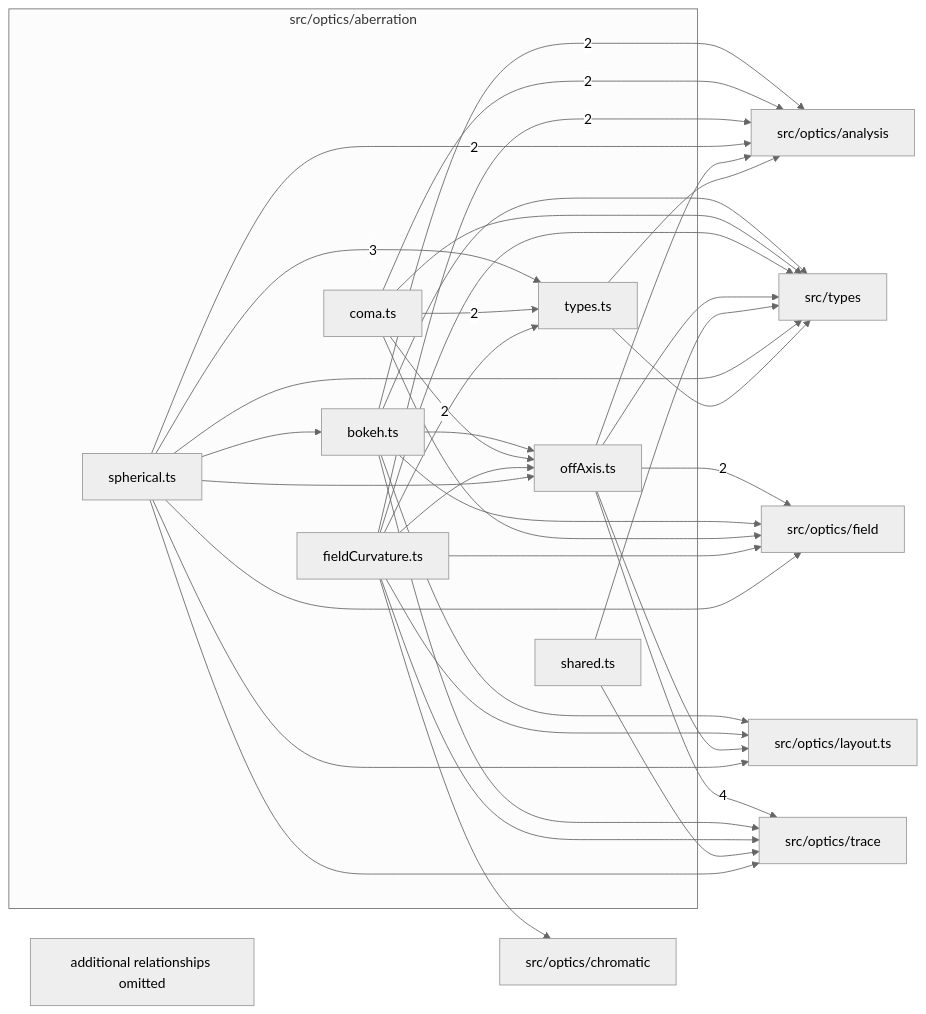
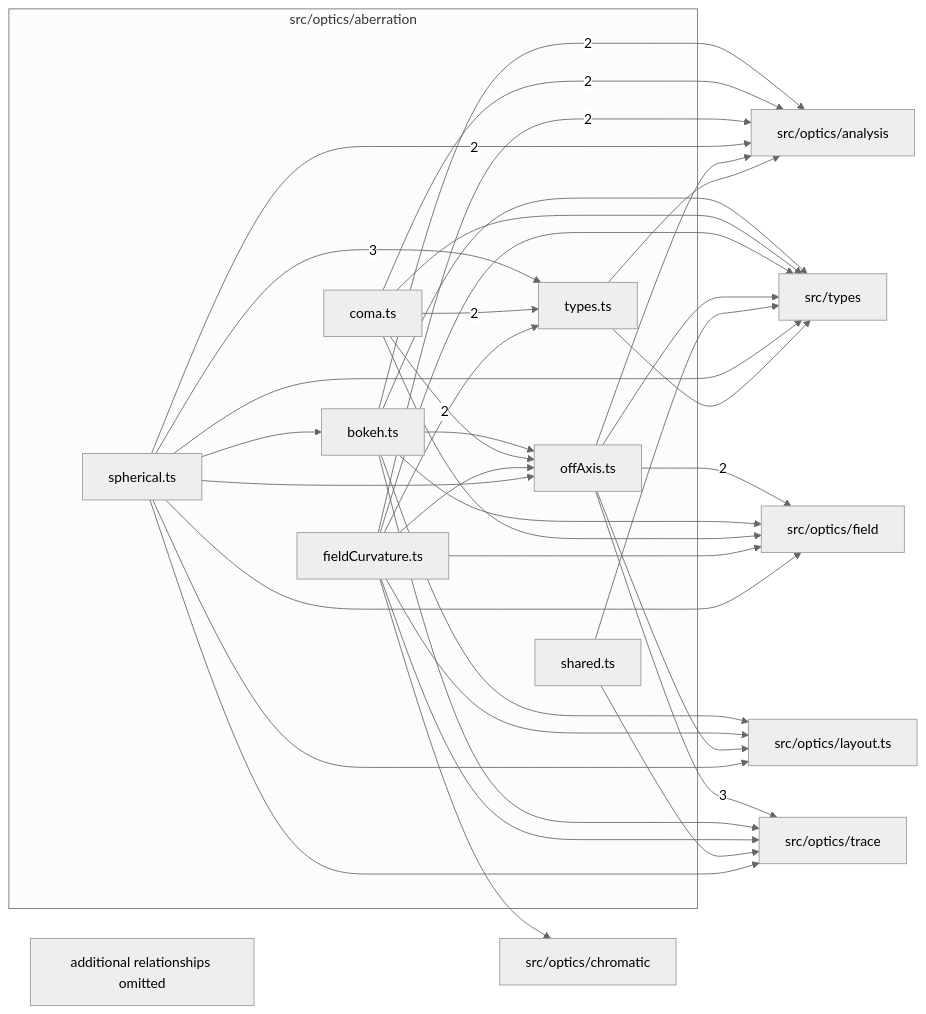
Before and after one commit to BeamFour/LensVisualizer: the diagram in src/optics/aberration/readme.md, drawn with Mermaid (neutral theme). The commit also changed other lines of this file and 36 other files, not shown here.

````diff
--- a/src/optics/aberration/readme.md
+++ b/src/optics/aberration/readme.md
@@ -9,55 +9,55 @@
 ```mermaid
 flowchart LR
   subgraph n_src_optics_aberration["src/optics/aberration"]
     n_src_optics_aberration_src_optics_aberration_bokeh_ts["bokeh.ts"]
     n_src_optics_aberration_src_optics_aberration_coma_ts["coma.ts"]
     n_src_optics_aberration_src_optics_aberration_fieldCurvature_ts["fieldCurvature.ts"]
     n_src_optics_aberration_src_optics_aberration_offAxis_ts["offAxis.ts"]
     n_src_optics_aberration_src_optics_aberration_shared_ts["shared.ts"]
     n_src_optics_aberration_src_optics_aberration_spherical_ts["spherical.ts"]
     n_src_optics_aberration_src_optics_aberration_types_ts["types.ts"]
   end
   n_external_src_optics_trace["src/optics/trace"]
   n_external_src_optics_analysis["src/optics/analysis"]
   n_external_src_optics_field["src/optics/field"]
   n_external_src_optics_chromatic["src/optics/chromatic"]
   n_external_src_optics_layout_ts["src/optics/layout.ts"]
   n_external_src_types["src/types"]
-  n_src_optics_aberration_src_optics_aberration_offAxis_ts --> |4| n_external_src_optics_trace
+  n_src_optics_aberration_src_optics_aberration_offAxis_ts --> |3| n_external_src_optics_trace
   n_src_optics_aberration_src_optics_aberration_spherical_ts --> |3| n_src_optics_aberration_src_optics_aberration_types_ts
   n_src_optics_aberration_src_optics_aberration_bokeh_ts --> |2| n_external_src_optics_analysis
   n_src_optics_aberration_src_optics_aberration_coma_ts --> |2| n_external_src_optics_analysis
   n_src_optics_aberration_src_optics_aberration_fieldCurvature_ts --> |2| n_external_src_optics_analysis
   n_src_optics_aberration_src_optics_aberration_spherical_ts --> |2| n_external_src_optics_analysis
   n_src_optics_aberration_src_optics_aberration_offAxis_ts --> |2| n_external_src_optics_field
   n_src_optics_aberration_src_optics_aberration_coma_ts --> |2| n_src_optics_aberration_src_optics_aberration_types_ts
   n_src_optics_aberration_src_optics_aberration_fieldCurvature_ts --> |2| n_src_optics_aberration_src_optics_aberration_types_ts
   n_src_optics_aberration_src_optics_aberration_offAxis_ts --> n_external_src_optics_analysis
   n_src_optics_aberration_src_optics_aberration_types_ts --> n_external_src_optics_analysis
   n_src_optics_aberration_src_optics_aberration_fieldCurvature_ts --> n_external_src_optics_chromatic
   n_src_optics_aberration_src_optics_aberration_bokeh_ts --> n_external_src_optics_field
   n_src_optics_aberration_src_optics_aberration_coma_ts --> n_external_src_optics_field
   n_src_optics_aberration_src_optics_aberration_fieldCurvature_ts --> n_external_src_optics_field
   n_src_optics_aberration_src_optics_aberration_spherical_ts --> n_external_src_optics_field
   n_src_optics_aberration_src_optics_aberration_bokeh_ts --> n_external_src_optics_layout_ts
   n_src_optics_aberration_src_optics_aberration_fieldCurvature_ts --> n_external_src_optics_layout_ts
   n_src_optics_aberration_src_optics_aberration_offAxis_ts --> n_external_src_optics_layout_ts
   n_src_optics_aberration_src_optics_aberration_spherical_ts --> n_external_src_optics_layout_ts
   n_src_optics_aberration_src_optics_aberration_bokeh_ts --> n_external_src_optics_trace
   n_src_optics_aberration_src_optics_aberration_fieldCurvature_ts --> n_external_src_optics_trace
   n_src_optics_aberration_src_optics_aberration_shared_ts --> n_external_src_optics_trace
   n_src_optics_aberration_src_optics_aberration_spherical_ts --> n_external_src_optics_trace
   n_src_optics_aberration_src_optics_aberration_bokeh_ts --> n_external_src_types
   n_src_optics_aberration_src_optics_aberration_coma_ts --> n_external_src_types
   n_src_optics_aberration_src_optics_aberration_fieldCurvature_ts --> n_external_src_types
   n_src_optics_aberration_src_optics_aberration_offAxis_ts --> n_external_src_types
   n_src_optics_aberration_src_optics_aberration_shared_ts --> n_external_src_types
   n_src_optics_aberration_src_optics_aberration_spherical_ts --> n_external_src_types
   n_src_optics_aberration_src_optics_aberration_types_ts --> n_external_src_types
   n_src_optics_aberration_src_optics_aberration_spherical_ts --> n_src_optics_aberration_src_optics_aberration_bokeh_ts
   n_src_optics_aberration_src_optics_aberration_bokeh_ts --> n_src_optics_aberration_src_optics_aberration_offAxis_ts
   n_src_optics_aberration_src_optics_aberration_coma_ts --> n_src_optics_aberration_src_optics_aberration_offAxis_ts
   n_src_optics_aberration_src_optics_aberration_fieldCurvature_ts --> n_src_optics_aberration_src_optics_aberration_offAxis_ts
   n_src_optics_aberration_src_optics_aberration_spherical_ts --> n_src_optics_aberration_src_optics_aberration_offAxis_ts
   n_src_optics_aberration_truncated["additional relationships omitted"]
 ```
````
